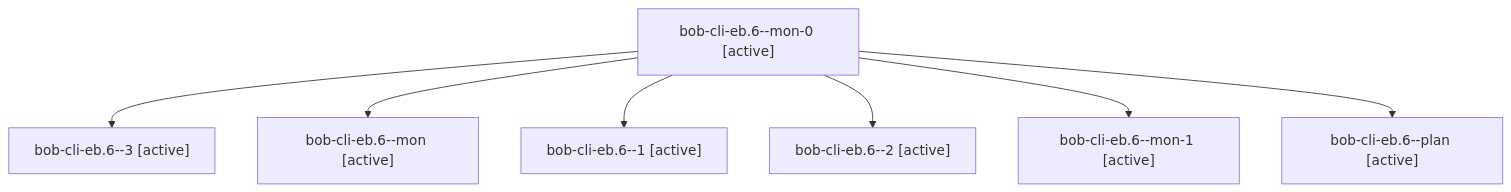
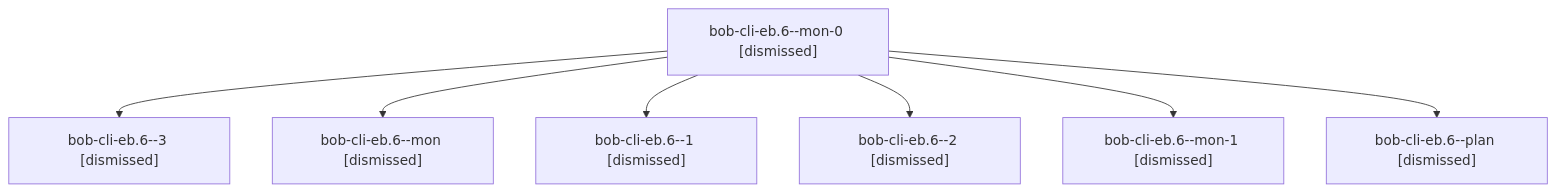
The diagram in sessions/bbugyi200.apollo.bob-cli-eb.6.md (bobs-org/bob-cli--agents), drawn with Mermaid before and after one commit. The commit also changed other lines of this file and 256 other files, not shown here.

````diff
--- a/sessions/bbugyi200.apollo.bob-cli-eb.6.md
+++ b/sessions/bbugyi200.apollo.bob-cli-eb.6.md
@@ -9,16 +9,16 @@
 ```mermaid
 flowchart TD
-  n0["bob-cli-eb.6--mon-0 [active]"]
-  n1["bob-cli-eb.6--3 [active]"]
+  n0["bob-cli-eb.6--mon-0 [dismissed]"]
+  n1["bob-cli-eb.6--3 [dismissed]"]
   n0 --> n1
-  n2["bob-cli-eb.6--mon [active]"]
+  n2["bob-cli-eb.6--mon [dismissed]"]
   n0 --> n2
-  n3["bob-cli-eb.6--1 [active]"]
+  n3["bob-cli-eb.6--1 [dismissed]"]
   n0 --> n3
-  n4["bob-cli-eb.6--2 [active]"]
+  n4["bob-cli-eb.6--2 [dismissed]"]
   n0 --> n4
-  n5["bob-cli-eb.6--mon-1 [active]"]
+  n5["bob-cli-eb.6--mon-1 [dismissed]"]
   n0 --> n5
-  n6["bob-cli-eb.6--plan [active]"]
+  n6["bob-cli-eb.6--plan [dismissed]"]
   n0 --> n6
 ```
````
